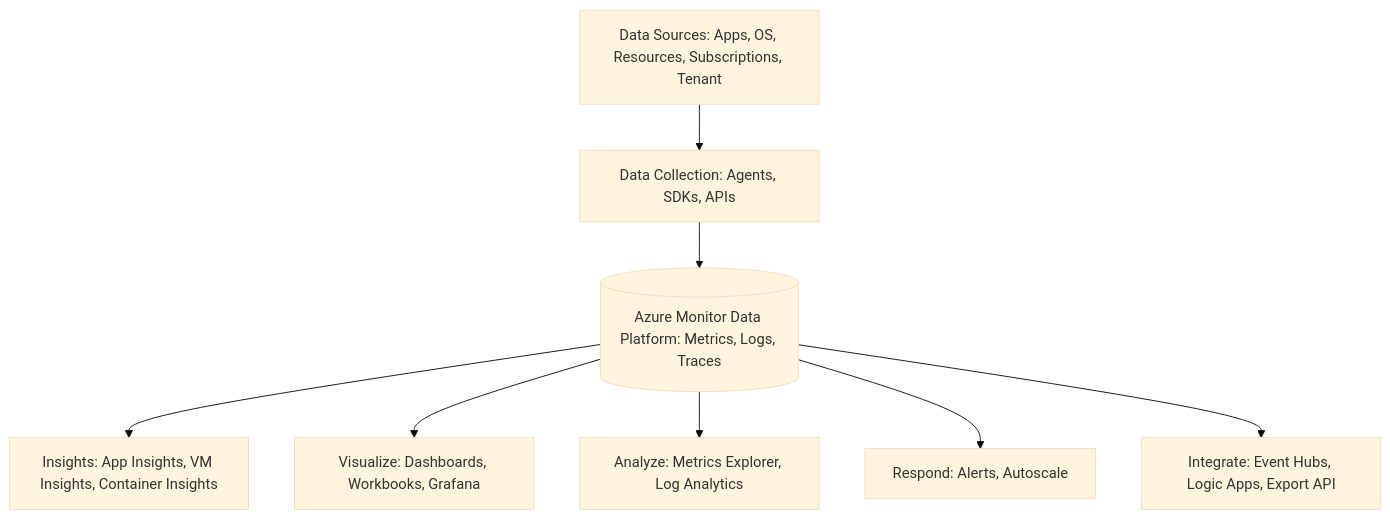
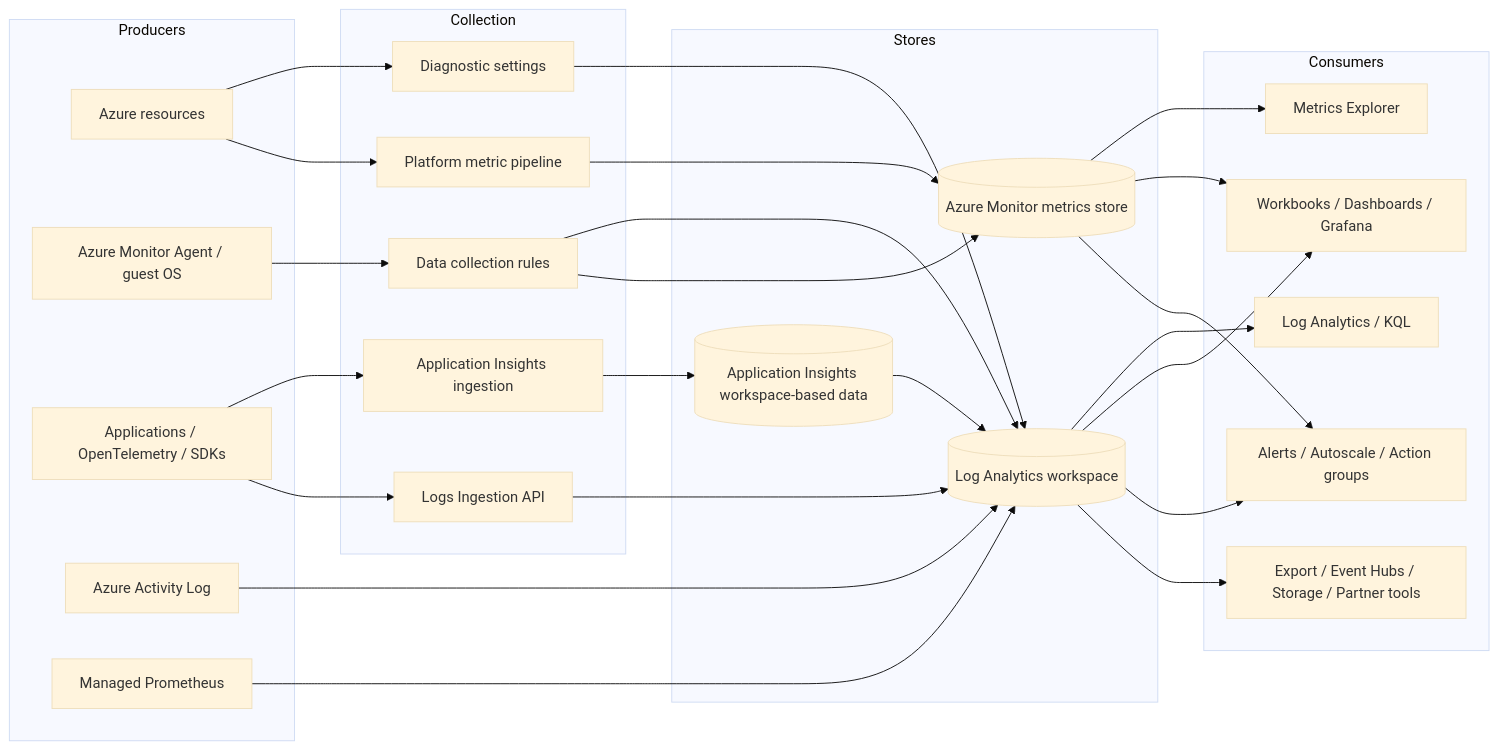
One commit to yeongseon/azure-monitoring-practical-guide changed the first of 2 diagrams in docs/platform/how-azure-monitor-works.md. Above: the diagram before and after it, drawn with Mermaid (base theme). The commit also changed other lines of this file and 50 other files, not shown here.

````diff
--- a/docs/platform/how-azure-monitor-works.md
+++ b/docs/platform/how-azure-monitor-works.md
@@ -22,10 +8,50 @@
 ```mermaid
-graph TD
-    Sources[Data Sources: Apps, OS, Resources, Subscriptions, Tenant] --> Collection[Data Collection: Agents, SDKs, APIs]
-    Collection --> DataStore[(Azure Monitor Data Platform: Metrics, Logs, Traces)]
-    DataStore --> Insights[Insights: App Insights, VM Insights, Container Insights]
-    DataStore --> Visualize[Visualize: Dashboards, Workbooks, Grafana]
-    DataStore --> Analyze[Analyze: Metrics Explorer, Log Analytics]
-    DataStore --> Respond[Respond: Alerts, Autoscale]
-    DataStore --> Integrate[Integrate: Event Hubs, Logic Apps, Export API]
+flowchart LR
+    subgraph Producers
+        AZ[Azure resources]
+        VM[Azure Monitor Agent / guest OS]
+        APP[Applications / OpenTelemetry / SDKs]
+        ACT[Azure Activity Log]
+        PROM[Managed Prometheus]
+    end
+    subgraph Collection
+        DS[Diagnostic settings]
+        DCR[Data collection rules]
+        API[Logs Ingestion API]
+        AI[Application Insights ingestion]
+        MET[Platform metric pipeline]
+    end
+    subgraph Stores
+        M[(Azure Monitor metrics store)]
+        LAW[(Log Analytics workspace)]
+        AIS[(Application Insights workspace-based data)]
+    end
+    subgraph Consumers
+        MX[Metrics Explorer]
+        LA[Log Analytics / KQL]
+        WB[Workbooks / Dashboards / Grafana]
+        AL[Alerts / Autoscale / Action groups]
+        EX[Export / Event Hubs / Storage / Partner tools]
+    end
+    AZ --> DS
+    AZ --> MET
+    VM --> DCR
+    APP --> AI
+    APP --> API
+    ACT --> LAW
+    PROM --> LAW
+    DS --> LAW
+    DCR --> LAW
+    DCR --> M
+    API --> LAW
+    AI --> AIS
+    AIS --> LAW
+    MET --> M
+    M --> MX
+    M --> WB
+    M --> AL
+    LAW --> LA
+    LAW --> WB
+    LAW --> AL
+    LAW --> EX
 ```
````
